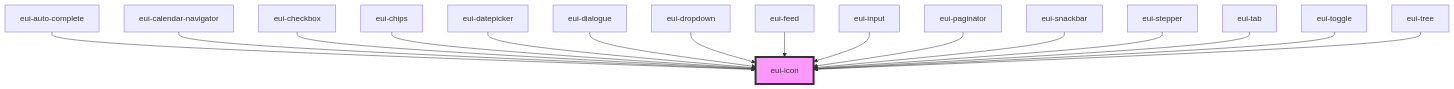
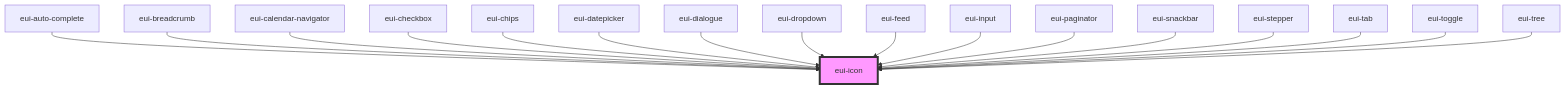
Before and after one commit to pnd-amirhosein/U_and_I: the diagram in ensemble-ui/src/components/icon/readme.md, drawn with Mermaid. The commit also changed other lines of this file and 11 other files, not shown here.

````diff
--- a/ensemble-ui/src/components/icon/readme.md
+++ b/ensemble-ui/src/components/icon/readme.md
@@ -38,19 +39,20 @@
 ```mermaid
 graph TD;
   eui-auto-complete --> eui-icon
+  eui-breadcrumb --> eui-icon
   eui-calendar-navigator --> eui-icon
   eui-checkbox --> eui-icon
   eui-chips --> eui-icon
   eui-datepicker --> eui-icon
   eui-dialogue --> eui-icon
   eui-dropdown --> eui-icon
   eui-feed --> eui-icon
   eui-input --> eui-icon
   eui-paginator --> eui-icon
   eui-snackbar --> eui-icon
   eui-stepper --> eui-icon
   eui-tab --> eui-icon
   eui-toggle --> eui-icon
   eui-tree --> eui-icon
   style eui-icon fill:#f9f,stroke:#333,stroke-width:4px
 ```
````
